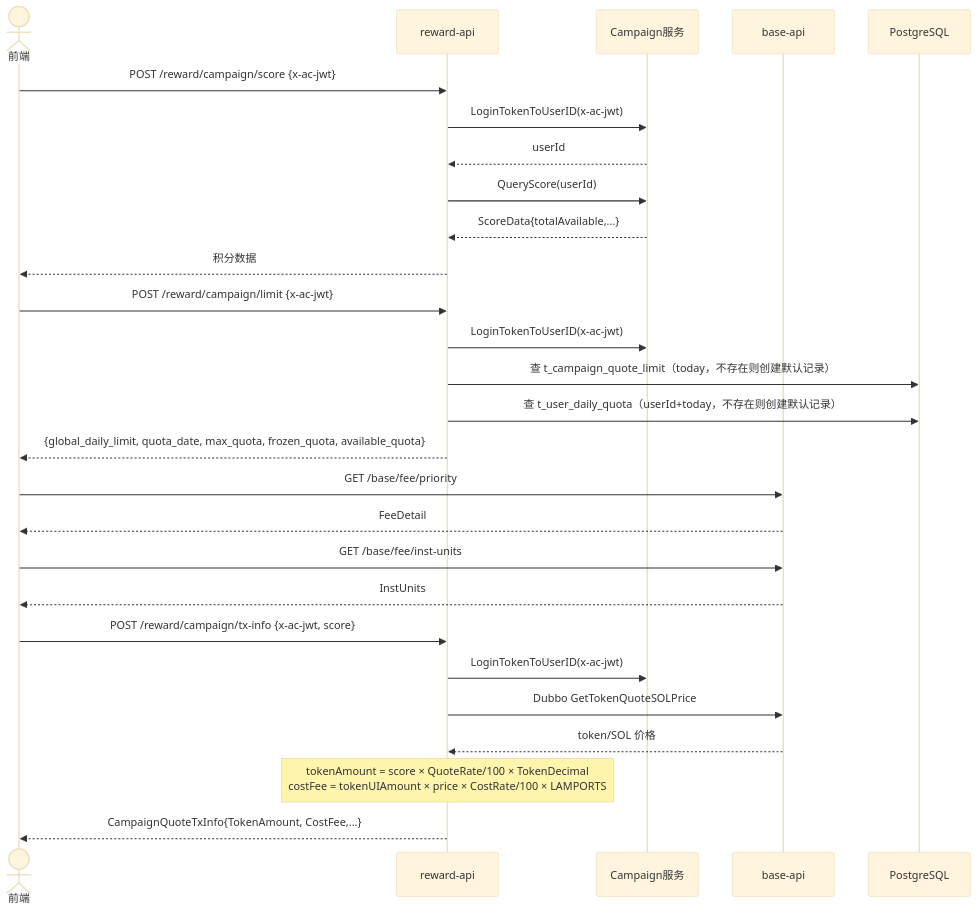
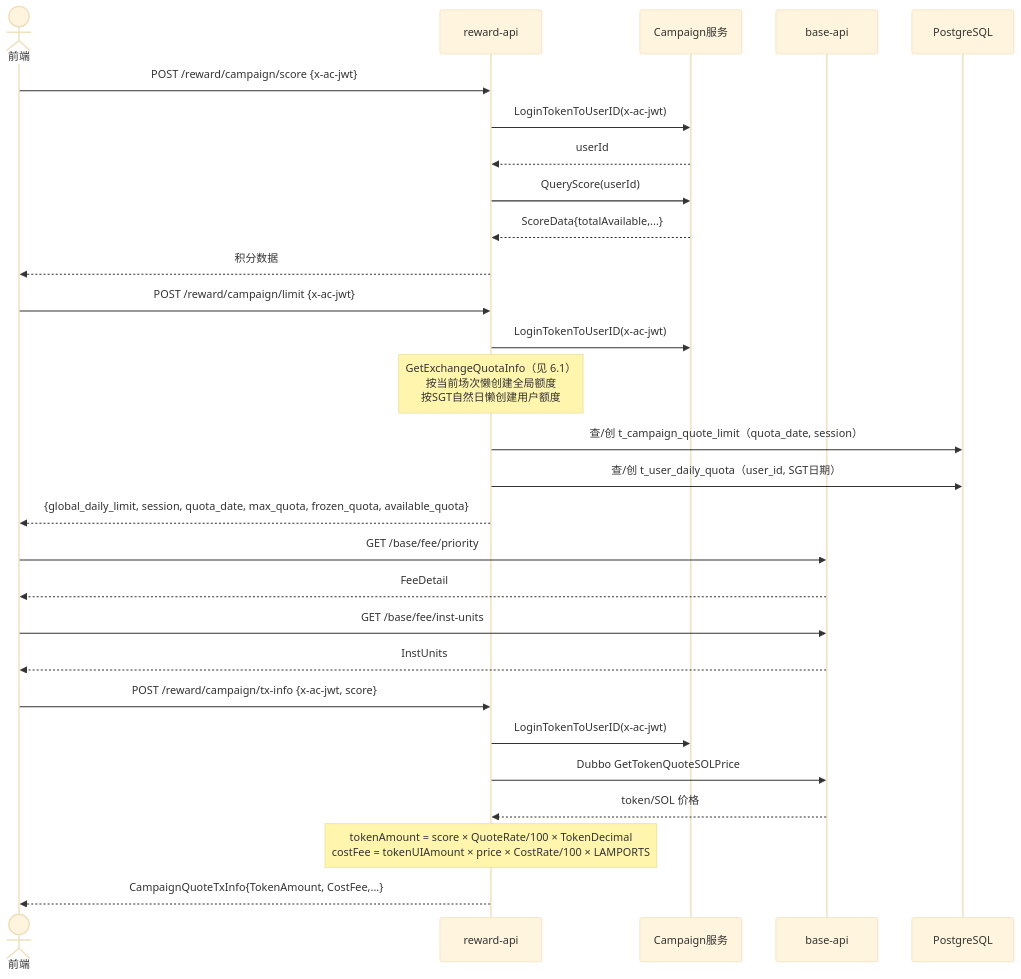
Before and after one commit to BillInUK/oshit-go: the second of 7 diagrams in docs/v1/reward_campaign.md, drawn with Mermaid (base theme). The commit also changed other lines of this file and 8 other files, not shown here.

````diff
--- a/docs/v1/reward_campaign.md
+++ b/docs/v1/reward_campaign.md
@@ -153,33 +216,34 @@
 ```mermaid
 sequenceDiagram
     actor FE as 前端
     participant R as reward-api
     participant C as Campaign服务
     participant B as base-api
     participant DB as PostgreSQL
 
     FE->>R: POST /reward/campaign/score {x-ac-jwt}
     R->>C: LoginTokenToUserID(x-ac-jwt)
     C-->>R: userId
     R->>C: QueryScore(userId)
     C-->>R: ScoreData{totalAvailable,...}
     R-->>FE: 积分数据
 
     FE->>R: POST /reward/campaign/limit {x-ac-jwt}
     R->>C: LoginTokenToUserID(x-ac-jwt)
-    R->>DB: 查 t_campaign_quote_limit（today，不存在则创建默认记录）
-    R->>DB: 查 t_user_daily_quota（userId+today，不存在则创建默认记录）
-    R-->>FE: {global_daily_limit, quota_date, max_quota, frozen_quota, available_quota}
+    Note over R: GetExchangeQuotaInfo（见 6.1）<br/>按当前场次懒创建全局额度<br/>按SGT自然日懒创建用户额度
+    R->>DB: 查/创 t_campaign_quote_limit（quota_date, session）
+    R->>DB: 查/创 t_user_daily_quota（user_id, SGT日期）
+    R-->>FE: {global_daily_limit, session, quota_date, max_quota, frozen_quota, available_quota}
 
     FE->>B: GET /base/fee/priority
     B-->>FE: FeeDetail
     FE->>B: GET /base/fee/inst-units
     B-->>FE: InstUnits
 
     FE->>R: POST /reward/campaign/tx-info {x-ac-jwt, score}
     R->>C: LoginTokenToUserID(x-ac-jwt)
     R->>B: Dubbo GetTokenQuoteSOLPrice
     B-->>R: token/SOL 价格
     Note over R: tokenAmount = score × QuoteRate/100 × TokenDecimal<br/>costFee = tokenUIAmount × price × CostRate/100 × LAMPORTS
     R-->>FE: CampaignQuoteTxInfo{TokenAmount, CostFee,...}
 ```
````
